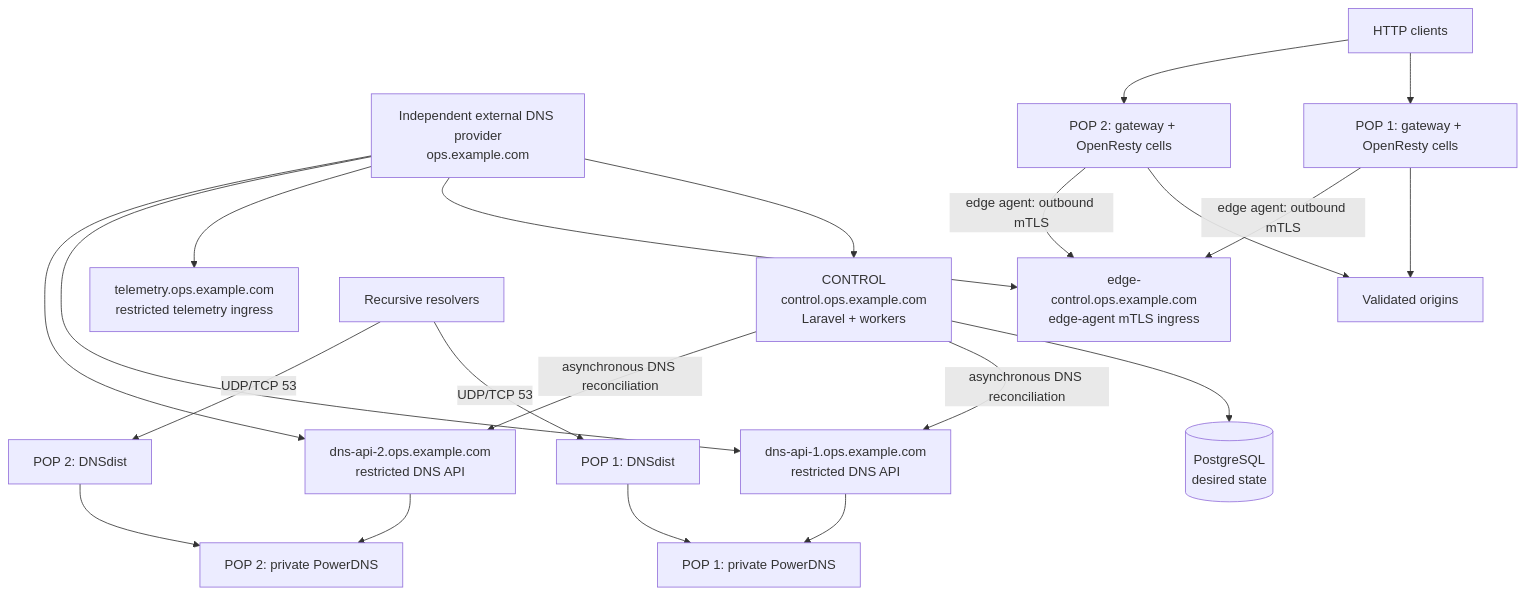
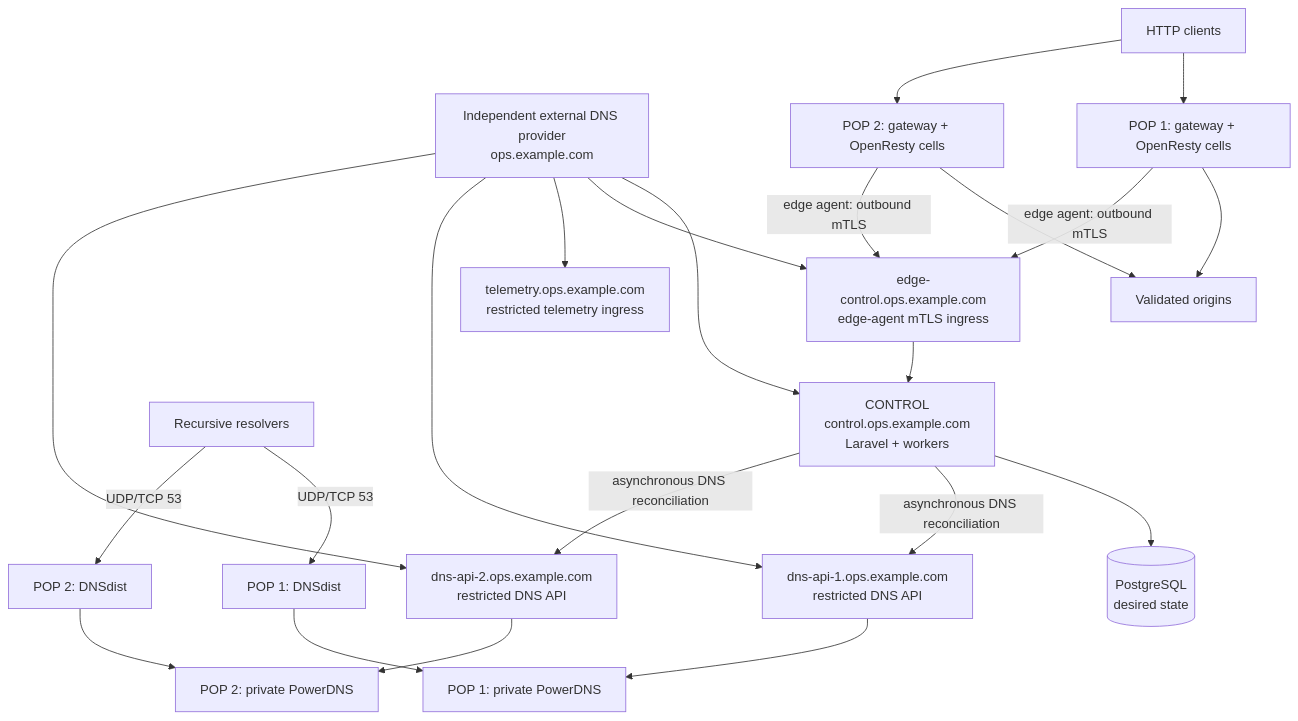
The diagram in docs/deployment/production-quick-start.md (vaheed/CDNFoundry), drawn with Mermaid before and after one commit. The commit also changed 8 other files, not shown here.

Commit message:
feat: update CI workflow job name; enhance documentation with edge-control mTLS ingress details and related flowcharts

````diff
--- a/docs/deployment/production-quick-start.md
+++ b/docs/deployment/production-quick-start.md
@@ -8,23 +8,24 @@
 ```mermaid
 flowchart TB
   ExternalDNS["Independent external DNS provider<br/>ops.example.com"] --> CONTROL["CONTROL<br/>control.ops.example.com<br/>Laravel + workers"]
   ExternalDNS --> EC["edge-control.ops.example.com<br/>edge-agent mTLS ingress"]
   ExternalDNS --> TI["telemetry.ops.example.com<br/>restricted telemetry ingress"]
   ExternalDNS --> API1["dns-api-1.ops.example.com<br/>restricted DNS API"]
   ExternalDNS --> API2["dns-api-2.ops.example.com<br/>restricted DNS API"]
   CONTROL --> PG[("PostgreSQL<br/>desired state")]
   CONTROL -->|"asynchronous DNS reconciliation"| API1
   CONTROL -->|"asynchronous DNS reconciliation"| API2
   API1 --> PDNS1["POP 1: private PowerDNS"]
   API2 --> PDNS2["POP 2: private PowerDNS"]
   Resolver["Recursive resolvers"] -->|"UDP/TCP 53"| DD1["POP 1: DNSdist"]
   Resolver -->|"UDP/TCP 53"| DD2["POP 2: DNSdist"]
   DD1 --> PDNS1
   DD2 --> PDNS2
   Client["HTTP clients"] --> GW1["POP 1: gateway + OpenResty cells"]
   Client --> GW2["POP 2: gateway + OpenResty cells"]
   GW1 --> Origins["Validated origins"]
   GW2 --> Origins
   GW1 -->|"edge agent: outbound mTLS"| EC
   GW2 -->|"edge agent: outbound mTLS"| EC
+  EC --> CONTROL
 ```
````
